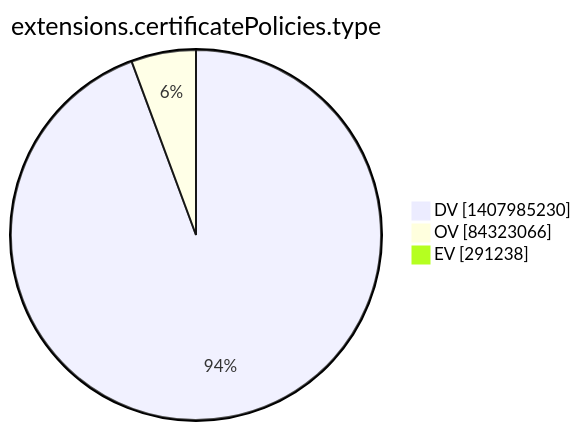
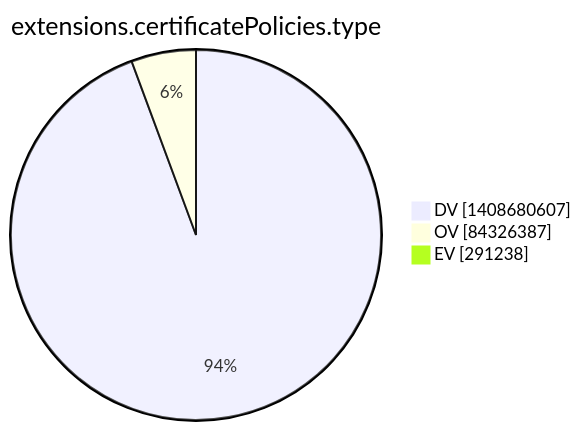
Before and after one commit to christiankrug/ctmonitor_visualization: the tenth of 15 diagrams in argon2022/README.md, drawn with Mermaid. The commit also changed other lines of this file, not shown here.

````diff
--- a/argon2022/README.md
+++ b/argon2022/README.md
@@ -2773,7 +2773,7 @@
 ```mermaid
 pie showData
 title extensions.certificatePolicies.type
-"DV" :1407985230
-"OV" :84323066
+"DV" :1408680607
+"OV" :84326387
 "EV" :291238
 ```
````
